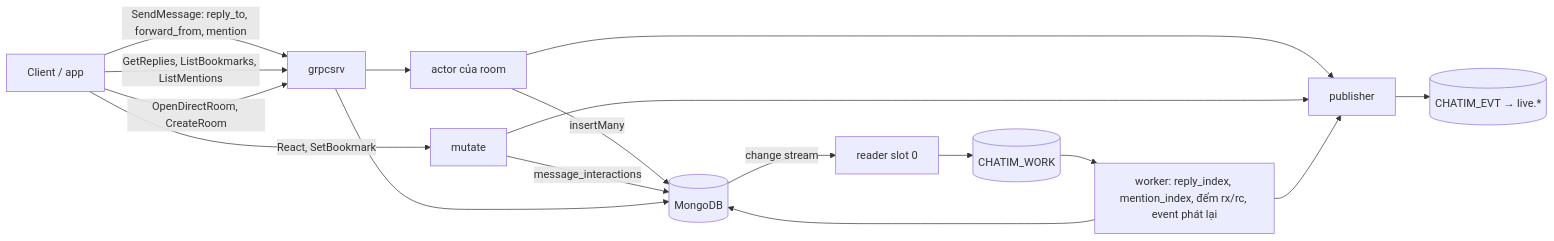
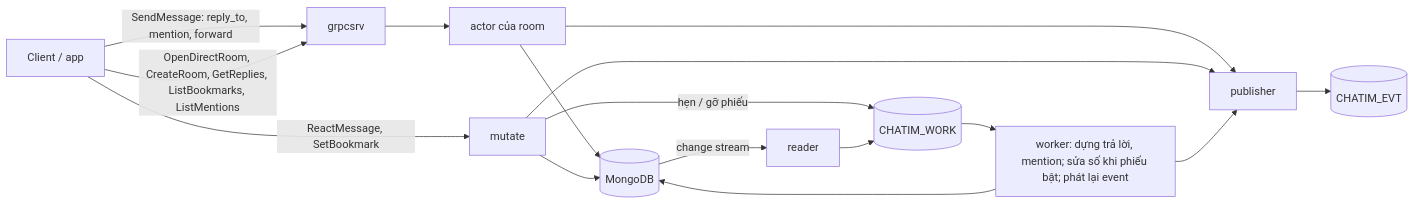
The first of 3 diagrams in docs/plans/2026-10-10-m2c-threads-mentions-summary.md (ivannguyendev/chatim), drawn with Mermaid before and after one commit. The commit also changed other lines of this file and 2 other files, not shown here.

````diff
--- a/docs/plans/2026-10-10-m2c-threads-mentions-summary.md
+++ b/docs/plans/2026-10-10-m2c-threads-mentions-summary.md
@@ -42,19 +46,13 @@
 ```mermaid
 flowchart LR
-  C[Client / app] -->|SendMessage: reply_to, forward_from, mention| G[grpcsrv]
-  C -->|React, SetBookmark| MU[mutate]
-  C -->|GetReplies, ListBookmarks, ListMentions| G
-  C -->|OpenDirectRoom, CreateRoom| G
-  G --> A[actor của room]
-  A -->|insertMany| M[(MongoDB)]
-  MU -->|message_interactions| M
-  G --> M
-  A --> P[publisher]
-  MU --> P
-  M -->|change stream| R[reader slot 0]
-  R --> W[(CHATIM_WORK)]
-  W --> WK[worker: reply_index, mention_index, đếm rx/rc, event phát lại]
+  C[Client / app] -->|SendMessage: reply_to, mention, forward| G[grpcsrv]
+  C -->|ReactMessage, SetBookmark| MU[mutate]
+  C -->|OpenDirectRoom, CreateRoom, GetReplies, ListBookmarks, ListMentions| G
+  G --> A[actor của room] --> M[(MongoDB)]
+  MU --> M
+  MU -->|hẹn / gỡ phiếu| W[(CHATIM_WORK)]
+  M -->|change stream| R[reader] --> W
+  W --> WK[worker: dựng trả lời, mention; sửa số khi phiếu bật; phát lại event]
   WK --> M
-  WK --> P
-  P --> E[(CHATIM_EVT → live.*)]
+  A & MU & WK --> P[publisher] --> E[(CHATIM_EVT)]
 ```
````
